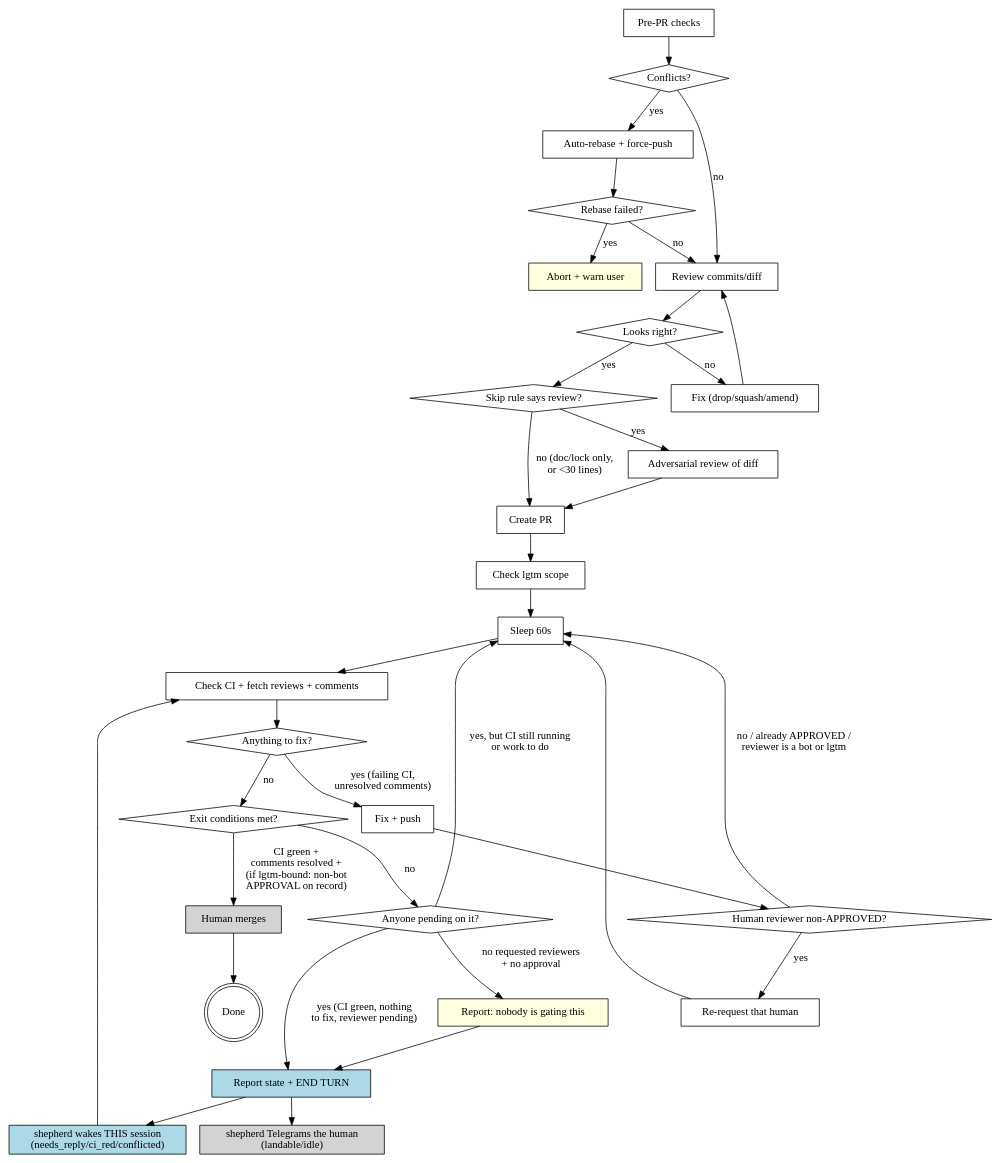
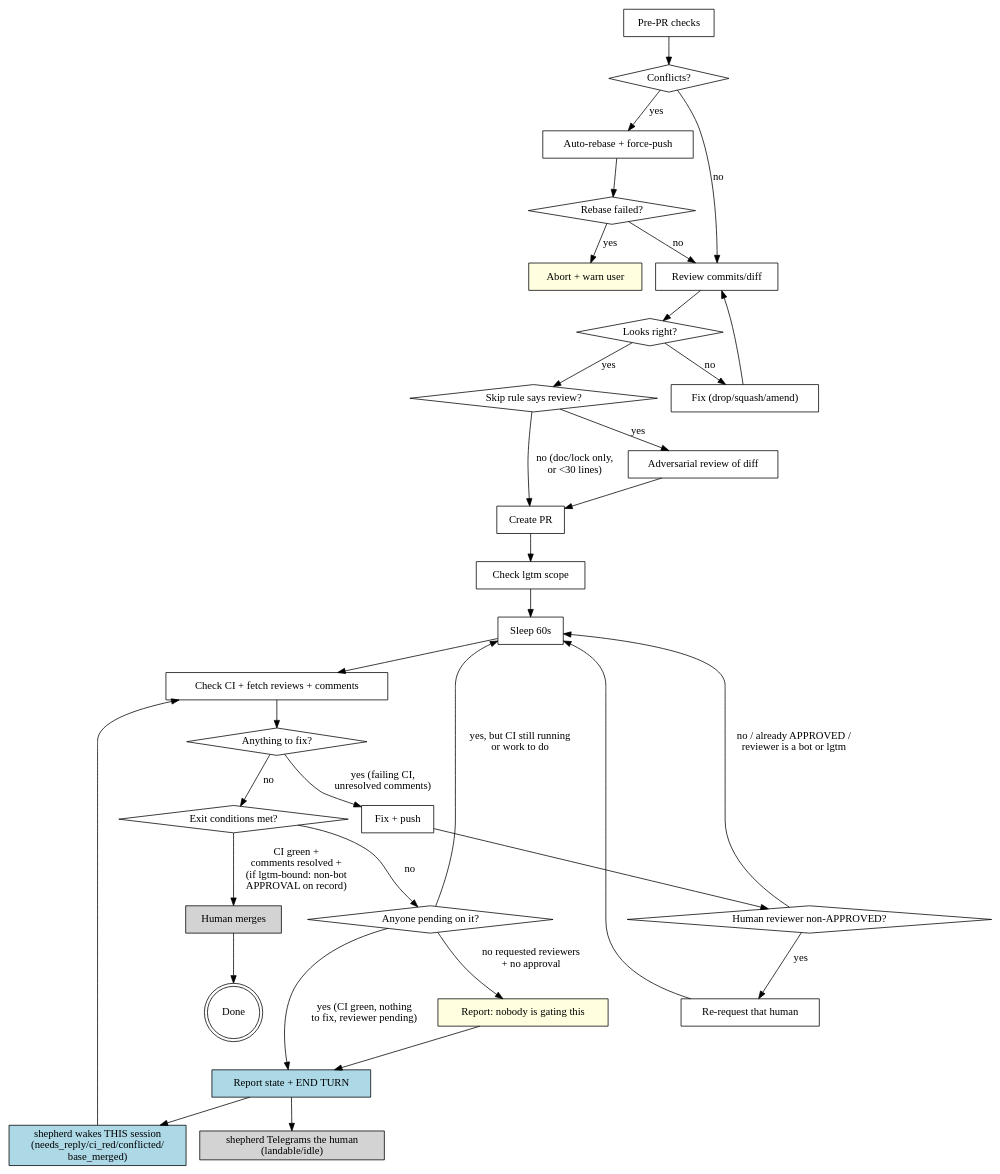
The diagram in assets/opencode/skills/shepherding-pull-requests/SKILL.md (johnnymo87/workstation), drawn with Graphviz before and after one commit. The commit also changed other lines of this file and 6 other files, not shown here.

First line of the commit message:
Fix lgtm-shepherd doc drift (wake budgets, base_merged, cloudbox comments) (#829)

````diff
--- a/assets/opencode/skills/shepherding-pull-requests/SKILL.md
+++ b/assets/opencode/skills/shepherding-pull-requests/SKILL.md
@@ -75,65 +78,65 @@
 ```dot
 digraph pr_lifecycle {
     rankdir=TB;
     "Pre-PR checks" [shape=box];
     "Conflicts?" [shape=diamond];
     "Auto-rebase + force-push" [shape=box];
     "Rebase failed?" [shape=diamond];
     "Abort + warn user" [shape=box, style=filled, fillcolor=lightyellow];
     "Review commits/diff" [shape=box];
     "Looks right?" [shape=diamond];
     "Fix (drop/squash/amend)" [shape=box];
     "Skip rule says review?" [shape=diamond];
     "Adversarial review of diff" [shape=box];
     "Create PR" [shape=box];
     "Check lgtm scope" [shape=box];
     "Sleep 60s" [shape=box];
     "Check CI + fetch reviews + comments" [shape=box];
     "Anything to fix?" [shape=diamond];
     "Fix + push" [shape=box];
     "Human reviewer non-APPROVED?" [shape=diamond];
     "Re-request that human" [shape=box];
     "Exit conditions met?" [shape=diamond];
     "Anyone pending on it?" [shape=diamond];
     "Report: nobody is gating this" [shape=box, style=filled, fillcolor=lightyellow];
     "Report state + END TURN" [shape=box, style=filled, fillcolor=lightblue];
-    "shepherd wakes THIS session\n(needs_reply/ci_red/conflicted)" [shape=box, style=filled, fillcolor=lightblue];
+    "shepherd wakes THIS session\n(needs_reply/ci_red/conflicted/\nbase_merged)" [shape=box, style=filled, fillcolor=lightblue];
     "shepherd Telegrams the human\n(landable/idle)" [shape=box, style=filled, fillcolor=lightgrey];
     "Human merges" [shape=box, style=filled, fillcolor=lightgrey];
     "Done" [shape=doublecircle];
 
     "Pre-PR checks" -> "Conflicts?";
     "Conflicts?" -> "Review commits/diff" [label="no"];
     "Conflicts?" -> "Auto-rebase + force-push" [label="yes"];
     "Auto-rebase + force-push" -> "Rebase failed?";
     "Rebase failed?" -> "Review commits/diff" [label="no"];
     "Rebase failed?" -> "Abort + warn user" [label="yes"];
     "Review commits/diff" -> "Looks right?";
     "Looks right?" -> "Skip rule says review?" [label="yes"];
     "Looks right?" -> "Fix (drop/squash/amend)" [label="no"];
     "Fix (drop/squash/amend)" -> "Review commits/diff";
     "Skip rule says review?" -> "Adversarial review of diff" [label="yes"];
     "Skip rule says review?" -> "Create PR" [label="no (doc/lock only,\nor <30 lines)"];
     "Adversarial review of diff" -> "Create PR";
     "Create PR" -> "Check lgtm scope";
     "Check lgtm scope" -> "Sleep 60s";
     "Sleep 60s" -> "Check CI + fetch reviews + comments";
     "Check CI + fetch reviews + comments" -> "Anything to fix?";
     "Anything to fix?" -> "Fix + push" [label="yes (failing CI,\nunresolved comments)"];
     "Anything to fix?" -> "Exit conditions met?" [label="no"];
     "Fix + push" -> "Human reviewer non-APPROVED?";
     "Human reviewer non-APPROVED?" -> "Re-request that human" [label="yes"];
     "Human reviewer non-APPROVED?" -> "Sleep 60s" [label="no / already APPROVED /\nreviewer is a bot or lgtm"];
     "Re-request that human" -> "Sleep 60s";
     "Exit conditions met?" -> "Human merges" [label="CI green +\ncomments resolved +\n(if lgtm-bound: non-bot\nAPPROVAL on record)"];
     "Human merges" -> "Done";
     "Exit conditions met?" -> "Anyone pending on it?" [label="no"];
     "Anyone pending on it?" -> "Report: nobody is gating this" [label="no requested reviewers\n+ no approval"];
     "Report: nobody is gating this" -> "Report state + END TURN";
     "Anyone pending on it?" -> "Sleep 60s" [label="yes, but CI still running\nor work to do"];
     "Anyone pending on it?" -> "Report state + END TURN" [label="yes (CI green, nothing\nto fix, reviewer pending)"];
-    "Report state + END TURN" -> "shepherd wakes THIS session\n(needs_reply/ci_red/conflicted)";
+    "Report state + END TURN" -> "shepherd wakes THIS session\n(needs_reply/ci_red/conflicted/\nbase_merged)";
     "Report state + END TURN" -> "shepherd Telegrams the human\n(landable/idle)";
-    "shepherd wakes THIS session\n(needs_reply/ci_red/conflicted)" -> "Check CI + fetch reviews + comments";
+    "shepherd wakes THIS session\n(needs_reply/ci_red/conflicted/\nbase_merged)" -> "Check CI + fetch reviews + comments";
 }
 ```
````
